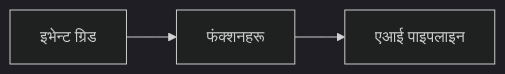
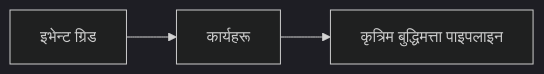
One commit to microsoft/AZD-for-beginners changed the second of 2 diagrams in translations/ne/docs/chapter-08-production/README.md. Above: the diagram before and after it, drawn with Mermaid (dark theme). The commit also changed other lines of this file and 104 other files, not shown here.

````diff
--- a/translations/ne/docs/chapter-08-production/README.md
+++ b/translations/ne/docs/chapter-08-production/README.md
@@ -56,4 +57,4 @@
 ```mermaid
 graph LR
-    EventGrid[इभेन्ट ग्रिड] --> Functions[फंक्शनहरू] --> Pipeline[एआई पाइपलाइन]
+    EventGrid[इभेन्ट ग्रिड] --> Functions[कार्यहरू] --> Pipeline[कृत्रिम बुद्धिमत्ता पाइपलाइन]
 ```
````
